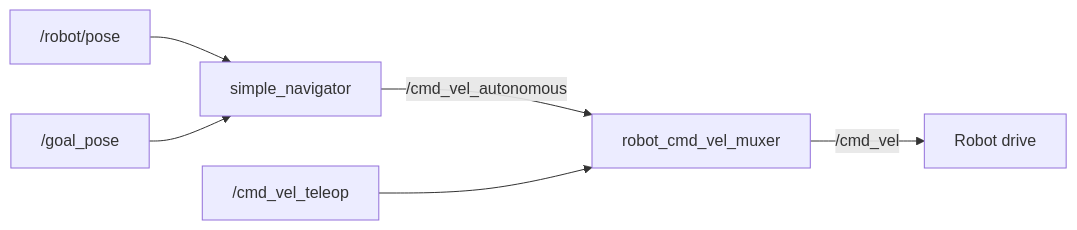
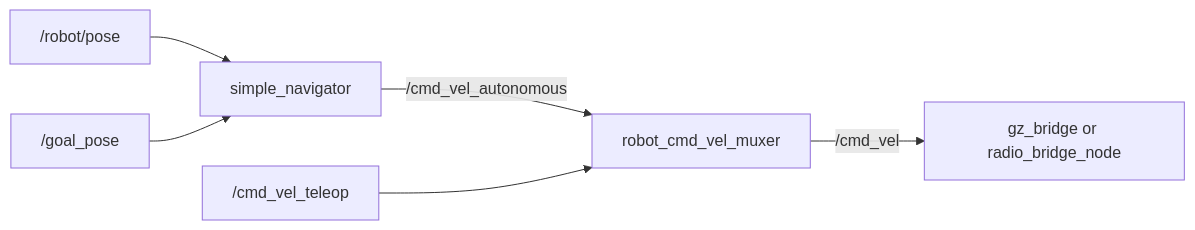
Before and after one commit to eubotx/robofetz_as: the first of 3 diagrams in docs/packages/robot_navigation.md, drawn with Mermaid. The commit also changed other lines of this file and 22 other files, not shown here.

````diff
--- a/docs/packages/robot_navigation.md
+++ b/docs/packages/robot_navigation.md
@@ -33,8 +33,8 @@
 ```mermaid
 flowchart LR
   Pose["/robot/pose"] --> Simple["simple_navigator"]
   Goal["/goal_pose"] --> Simple
   Simple -->|"/cmd_vel_autonomous"| Mux["robot_cmd_vel_muxer"]
   Teleop["/cmd_vel_teleop"] --> Mux
-  Mux -->|"/cmd_vel"| Drive["Robot drive"]
+  Mux -->|"/cmd_vel"| Drive["gz_bridge or radio_bridge_node"]
 ```
````
